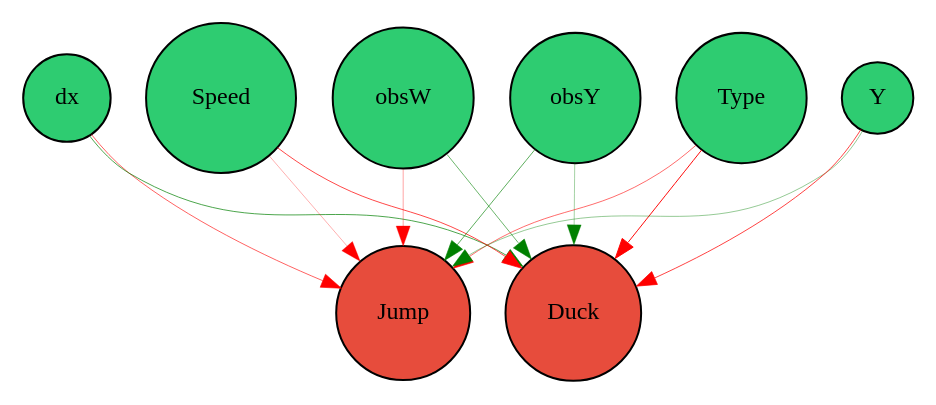
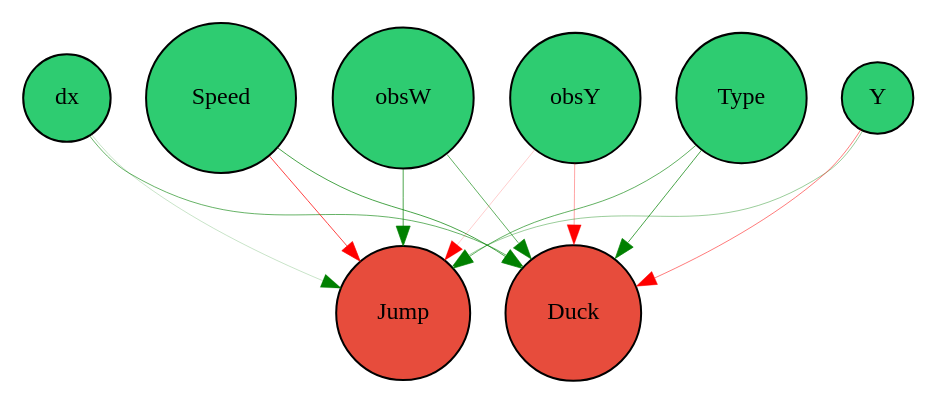
One commit to QQderLP/neat-chrome-dinosaur changed the diagram in network.gv. Above: the diagram before and after it, drawn with Graphviz. The commit also changed 2 other files, not shown here.

```diff
--- a/network.gv
+++ b/network.gv
@@ -1,23 +1,23 @@
 digraph {
 	node [fontsize=12 height=0.2 shape=circle style=filled width=0.2]
 	dx [fillcolor="#2ecc71"]
 	Speed [fillcolor="#2ecc71"]
 	obsW [fillcolor="#2ecc71"]
 	obsY [fillcolor="#2ecc71"]
 	Type [fillcolor="#2ecc71"]
 	Y [fillcolor="#2ecc71"]
 	Jump [fillcolor="#e74c3c"]
 	Duck [fillcolor="#e74c3c"]
-	Y -> Jump [color=green penwidth=0.20517648178062053 style=solid]
-	Y -> Duck [color=red penwidth=0.36753164131237614 style=solid]
-	dx -> Jump [color=red penwidth=0.3064735498565916 style=solid]
-	dx -> Duck [color=green penwidth=0.35182845894625403 style=solid]
-	Type -> Jump [color=red penwidth=0.294667391275789 style=solid]
-	Type -> Duck [color=red penwidth=0.4753139923180735 style=solid]
-	obsY -> Jump [color=green penwidth=0.31771931182397634 style=solid]
-	obsY -> Duck [color=green penwidth=0.18018752622848525 style=solid]
-	obsW -> Jump [color=red penwidth=0.17860090110007476 style=solid]
-	obsW -> Duck [color=green penwidth=0.2868055472543597 style=solid]
-	Speed -> Jump [color=red penwidth=0.16428614765678812 style=solid]
-	Speed -> Duck [color=red penwidth=0.35939685031605784 style=solid]
+	Y -> Jump [color=green penwidth=0.19504575125793044 style=solid]
+	Y -> Duck [color=red penwidth=0.2564916265062358 style=solid]
+	dx -> Jump [color=green penwidth=0.10884344867045002 style=solid]
+	dx -> Duck [color=green penwidth=0.30347457655271326 style=solid]
+	Type -> Jump [color=green penwidth=0.3077307637789205 style=solid]
+	Type -> Duck [color=green penwidth=0.35501151712922185 style=solid]
+	obsY -> Jump [color=red penwidth=0.10146934734522013 style=solid]
+	obsY -> Duck [color=red penwidth=0.18422800603904343 style=solid]
+	obsW -> Jump [color=green penwidth=0.3488465152132022 style=solid]
+	obsW -> Duck [color=green penwidth=0.3050556517186602 style=solid]
+	Speed -> Jump [color=red penwidth=0.3723066609943164 style=solid]
+	Speed -> Duck [color=green penwidth=0.36466192291725075 style=solid]
 }
```
